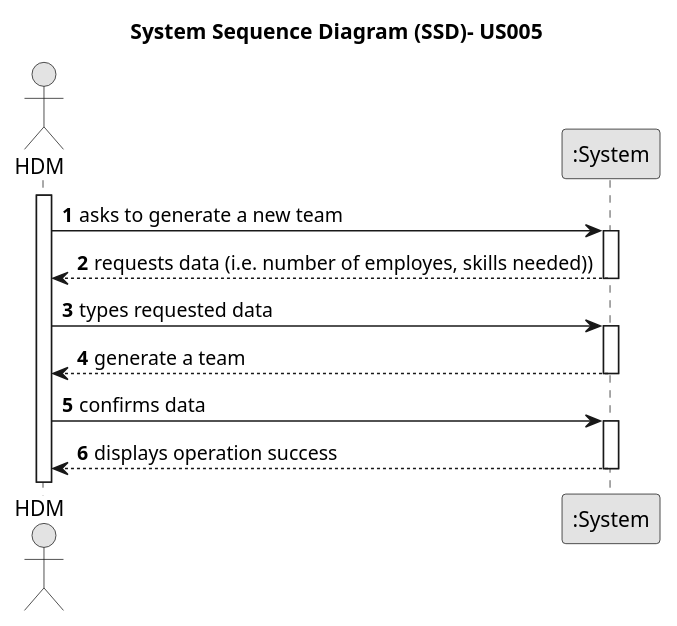
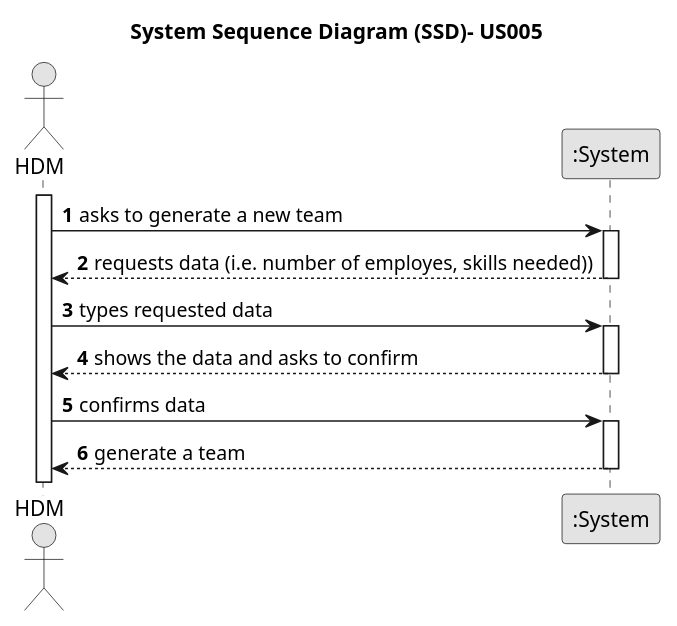
The diagram in docs/sprintA/us005/01.requirements-engineering/puml/us006-system-sequence-diagram-alternative-one.puml (Departamento-de-Engenharia-Informatica/greenspace-management), drawn with PlantUML before and after one commit.

Commit message:
ssd US005 final version

```diff
--- a/docs/sprintA/us005/01.requirements-engineering/puml/us006-system-sequence-diagram-alternative-one.puml
+++ b/docs/sprintA/us005/01.requirements-engineering/puml/us006-system-sequence-diagram-alternative-one.puml
@@ -1,35 +1,35 @@
 @startuml
 skinparam monochrome true
 skinparam packageStyle rectangle
 skinparam shadowing false
 
 title System Sequence Diagram (SSD)- US005
 
 autonumber
 
 actor "HDM" as Employee
 participant ":System" as System
 
 activate Employee
 
     Employee -> System : asks to generate a new team
     activate System
 
         System --> Employee : requests data (i.e. number of employes, skills needed))
     deactivate System
 
     Employee -> System : types requested data
     activate System
 
-        System --> Employee : generate a team
+        System --> Employee : shows the data and asks to confirm
     deactivate System
 
     Employee -> System : confirms data
     activate System
 
 
 
-        System --> Employee : displays operation success
+        System --> Employee : generate a team
     deactivate System
 
 @enduml
```
